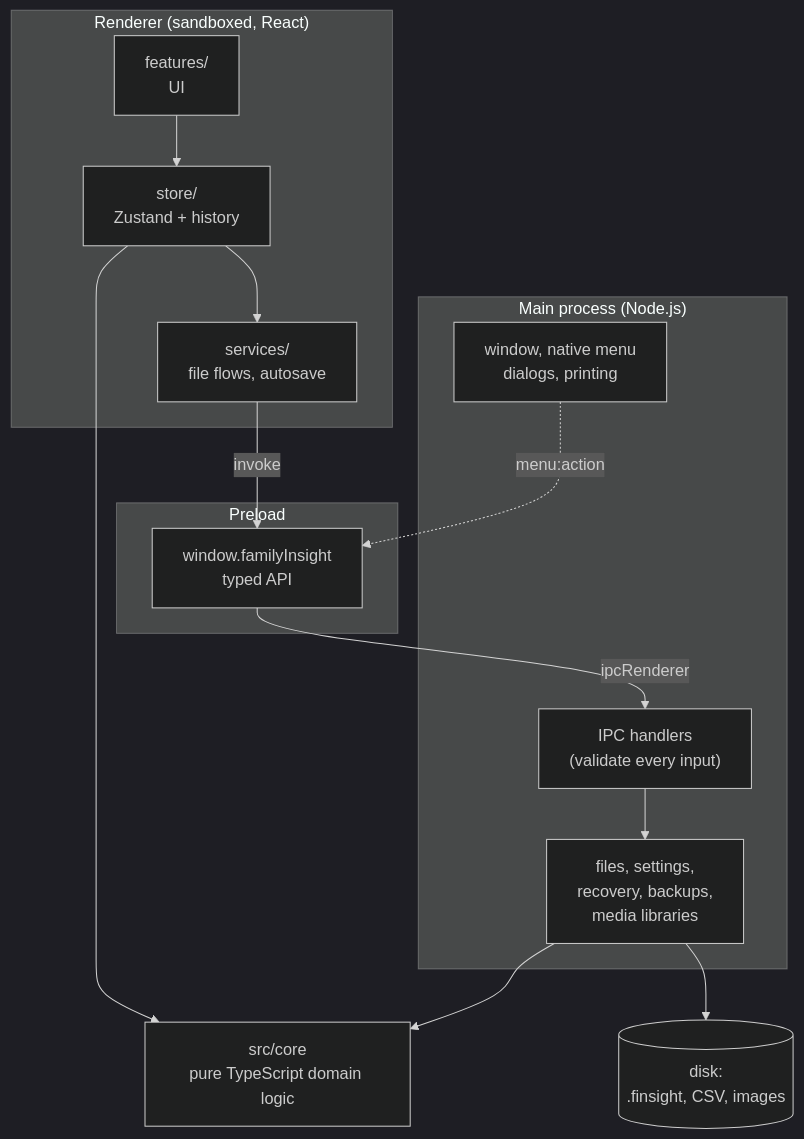
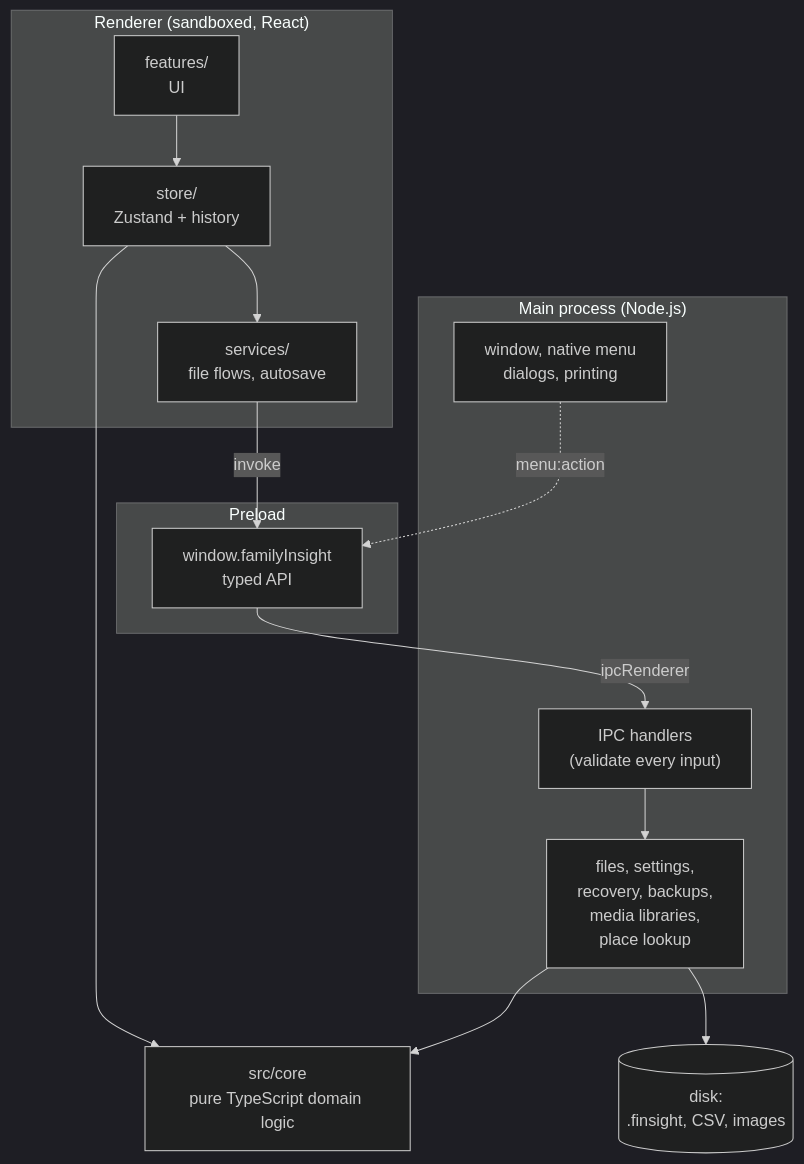
The first of 3 diagrams in docs/developer/architecture.md (K-u-r-c/family-insight), drawn with Mermaid (dark theme) before and after one commit. The commit also changed other lines of this file and 61 other files, not shown here.

````diff
--- a/docs/developer/architecture.md
+++ b/docs/developer/architecture.md
@@ -10,28 +10,28 @@
 ```mermaid
 flowchart TB
   subgraph main["Main process (Node.js)"]
     M1["window, native menu<br/>dialogs, printing"]
-    M2["files, settings,<br/>recovery, backups,<br/>media libraries"]
+    M2["files, settings,<br/>recovery, backups,<br/>media libraries,<br/>place lookup"]
     M3["IPC handlers<br/>(validate every input)"]
   end
   subgraph preload["Preload"]
     P["window.familyInsight<br/>typed API"]
   end
   subgraph renderer["Renderer (sandboxed, React)"]
     R1["features/<br/>UI"]
     R2["store/<br/>Zustand + history"]
     R3["services/<br/>file flows, autosave"]
   end
   core["src/core<br/>pure TypeScript domain logic"]
   disk[("disk:<br/>.finsight, CSV, images")]
 
   R1 --> R2
   R2 --> R3
   R3 -->|"invoke"| P
   P -->|"ipcRenderer"| M3
   M3 --> M2
   M2 --> disk
   M1 -.->|"menu:action"| P
   R2 --> core
   M2 --> core
 ```
````
